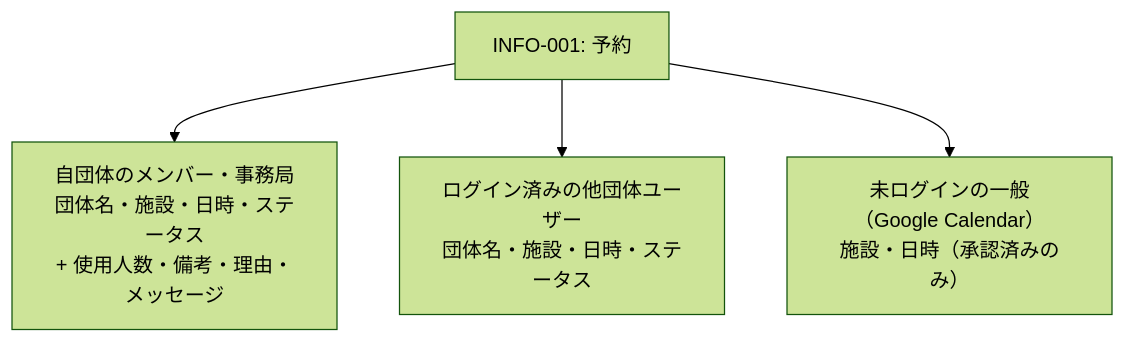
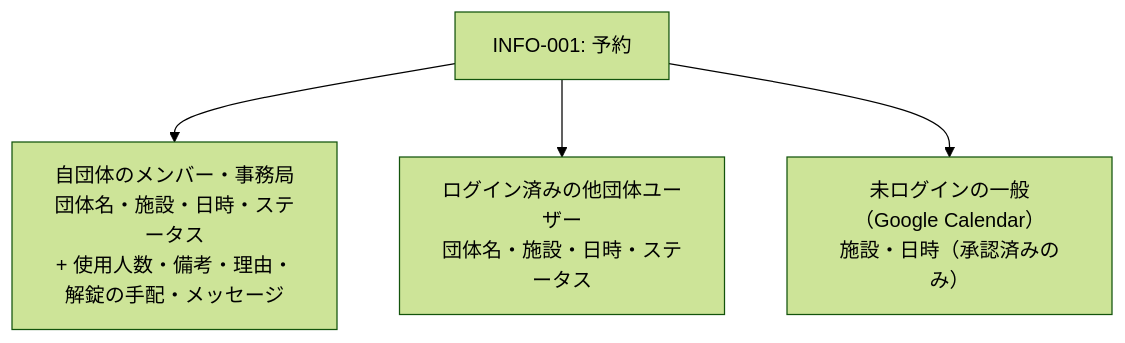
One commit to gdsc-osaka/iclub-reserve changed the second of 8 diagrams in rdra/contexts/reservation-application.md. Above: the diagram before and after it, drawn with Mermaid (forest theme). The commit also changed other lines of this file and 10 other files, not shown here.

````diff
--- a/rdra/contexts/reservation-application.md
+++ b/rdra/contexts/reservation-application.md
@@ -239,12 +252,12 @@
 ```mermaid
 graph TB
     r["INFO-001: 予約"]
 
-    own["自団体のメンバー・事務局<br/>団体名・施設・日時・ステータス<br/>+ 使用人数・備考・理由・メッセージ"]
+    own["自団体のメンバー・事務局<br/>団体名・施設・日時・ステータス<br/>+ 使用人数・備考・理由・解錠の手配・メッセージ"]
     other["ログイン済みの他団体ユーザー<br/>団体名・施設・日時・ステータス"]
     public["未ログインの一般（Google Calendar）<br/>施設・日時（承認済みのみ）"]
 
     r --> own
     r --> other
     r --> public
 ```
````
